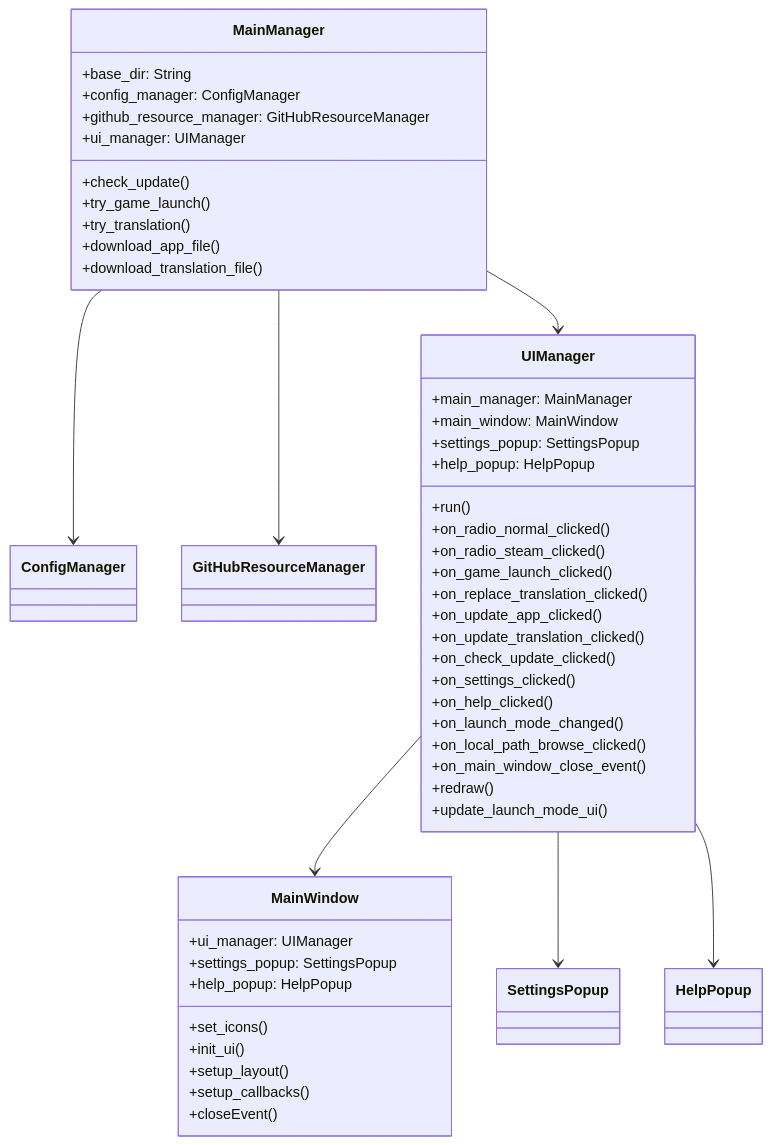
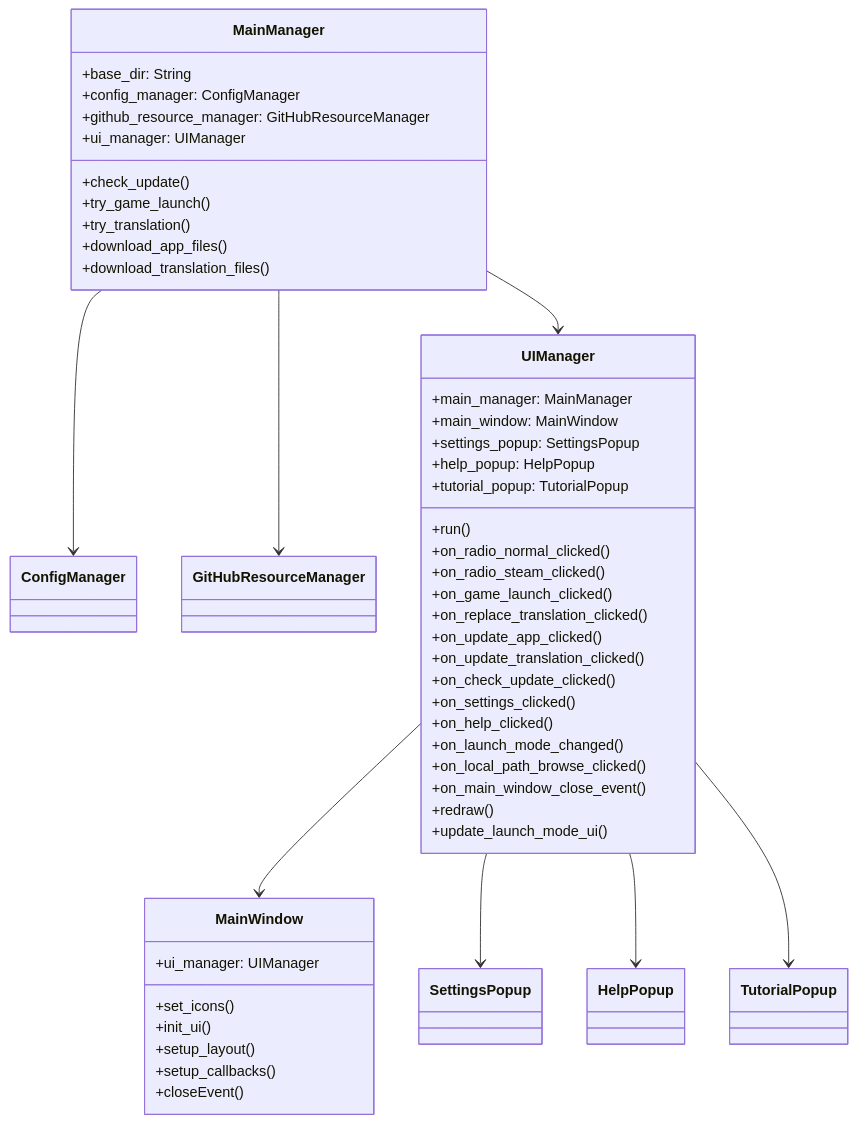
The second of 2 diagrams in memory-bank/systemPatterns.md (nusashi/PlanetSide2-nihongo-mod-ui-private), drawn with Mermaid before and after one commit. The commit also changed other lines of this file and 2 other files, not shown here.

Commit message:
update memory bank

````diff
--- a/memory-bank/systemPatterns.md
+++ b/memory-bank/systemPatterns.md
@@ -79,60 +84,62 @@
 ```mermaid
 classDiagram
     class MainManager {
         +base_dir: String
         +config_manager: ConfigManager
         +github_resource_manager: GitHubResourceManager
         +ui_manager: UIManager
         +check_update()
         +try_game_launch()
         +try_translation()
-        +download_app_file()
-        +download_translation_file()
+        +download_app_files()
+        +download_translation_files()
     }
     class ConfigManager {
     }
     class GitHubResourceManager {
     }
     class UIManager {
         +main_manager: MainManager
         +main_window: MainWindow
         +settings_popup: SettingsPopup
         +help_popup: HelpPopup
+        +tutorial_popup: TutorialPopup
         +run()
         +on_radio_normal_clicked()
         +on_radio_steam_clicked()
         +on_game_launch_clicked()
         +on_replace_translation_clicked()
         +on_update_app_clicked()
         +on_update_translation_clicked()
         +on_check_update_clicked()
         +on_settings_clicked()
         +on_help_clicked()
         +on_launch_mode_changed()
         +on_local_path_browse_clicked()
         +on_main_window_close_event()
         +redraw()
         +update_launch_mode_ui()
     }
     class MainWindow {
         +ui_manager: UIManager
-        +settings_popup: SettingsPopup
-        +help_popup: HelpPopup
         +set_icons()
         +init_ui()
         +setup_layout()
         +setup_callbacks()
         +closeEvent()
     }
     class SettingsPopup{
     }
     class HelpPopup{
     }
+    class TutorialPopup{
+    }
 
     MainManager --> ConfigManager
     MainManager --> GitHubResourceManager
     MainManager --> UIManager
     UIManager --> MainWindow
     UIManager --> SettingsPopup
     UIManager --> HelpPopup
+    UIManager --> TutorialPopup
 ```
````
